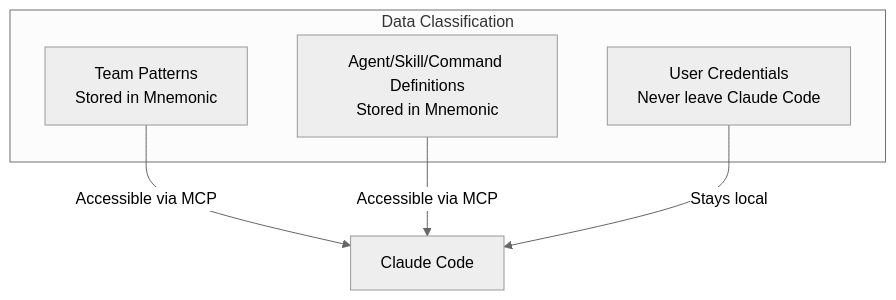
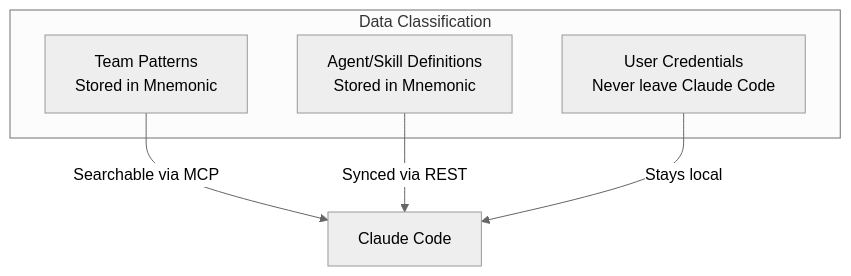
The fifth of 5 diagrams in docs/architecture/03-communication-patterns.md (twistingmercury/mnemonic-mcp), drawn with Mermaid (neutral theme) before and after one commit. The commit also changed other lines of this file and 49 other files, not shown here.

````diff
--- a/docs/architecture/03-communication-patterns.md
+++ b/docs/architecture/03-communication-patterns.md
@@ -210,12 +210,12 @@
 ```mermaid
 graph TB
     subgraph "Data Classification"
         PATTERNS[Team Patterns<br/>Stored in Mnemonic]
-        TOOLING[Agent/Skill/Command Definitions<br/>Stored in Mnemonic]
+        TOOLING[Agent/Skill Definitions<br/>Stored in Mnemonic]
         CREDS[User Credentials<br/>Never leave Claude Code]
     end
 
-    PATTERNS -->|"Accessible via MCP"| CC[Claude Code]
-    TOOLING -->|"Accessible via MCP"| CC
+    PATTERNS -->|"Searchable via MCP"| CC[Claude Code]
+    TOOLING -->|"Synced via REST"| CC
     CREDS -->|"Stays local"| CC
 ```
````
